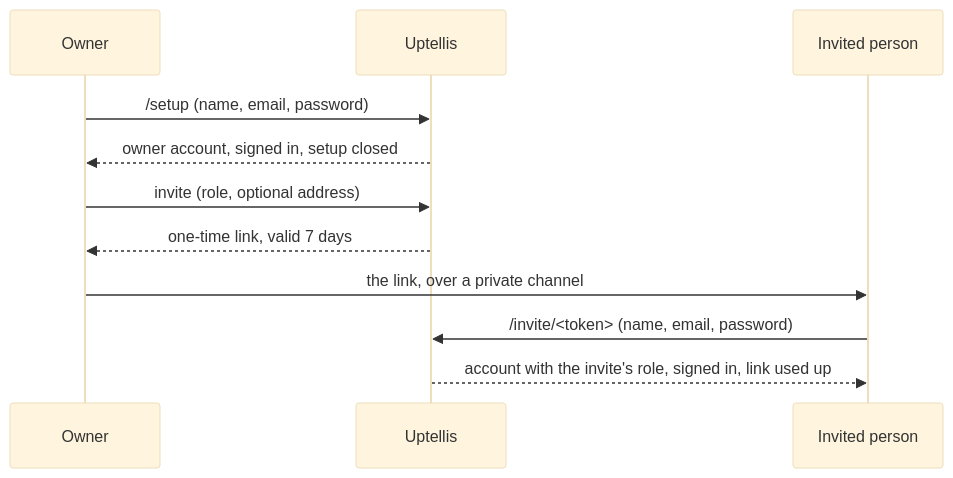
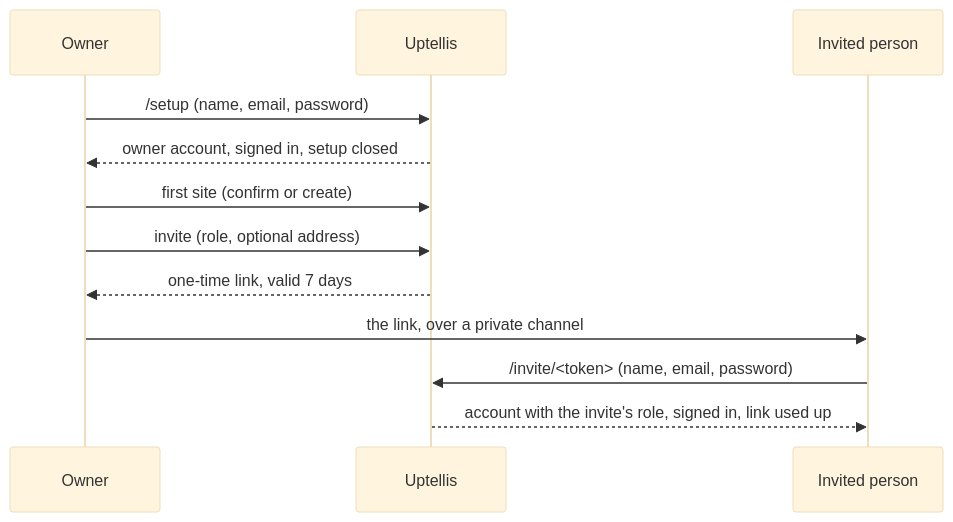
One commit to bts-io/uptellis changed the first of 2 diagrams in docs/OPERATIONS.md. Above: the diagram before and after it, drawn with Mermaid (base theme). The commit also changed other lines of this file and 1 other file, not shown here.

Commit message:
docs: first-run site step and sign-in redirects for private pages

````diff
--- a/docs/OPERATIONS.md
+++ b/docs/OPERATIONS.md
@@ -53,13 +54,14 @@
 ```mermaid
 sequenceDiagram
   participant O as Owner
   participant U as Uptellis
   participant P as Invited person
   O->>U: /setup (name, email, password)
   U-->>O: owner account, signed in, setup closed
+  O->>U: first site (confirm or create)
   O->>U: invite (role, optional address)
   U-->>O: one-time link, valid 7 days
   O->>P: the link, over a private channel
   P->>U: /invite/<token> (name, email, password)
   U-->>P: account with the invite's role, signed in, link used up
 ```
````
